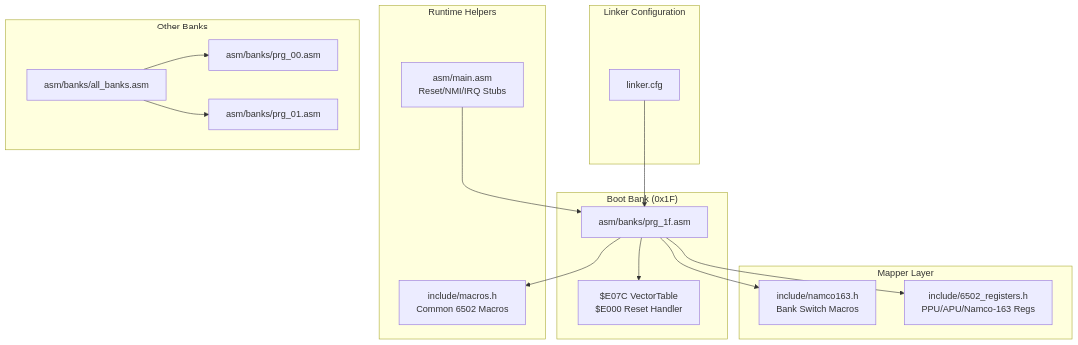
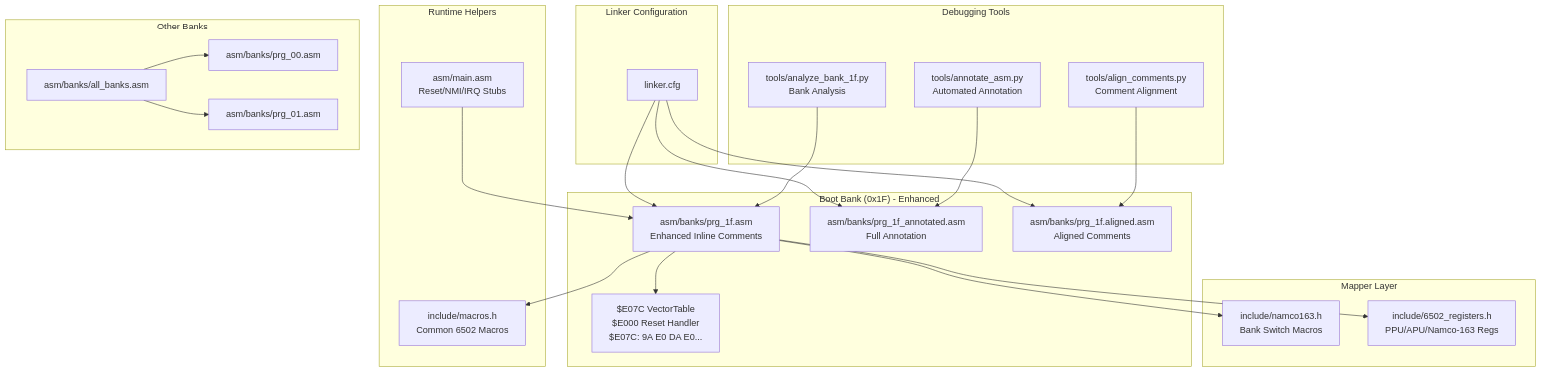
The first of 9 diagrams in .qoder/repowiki/en/content/Assembly Architecture/Assembly Architecture.md (rabbyzero/sango2dasm), drawn with Mermaid before and after one commit. The commit also changed other lines of this file and 26 other files, not shown here.

Commit message:
bank $1f comment aligned. proc endproc correct.

````diff
--- a/.qoder/repowiki/en/content/Assembly Architecture/Assembly Architecture.md
+++ b/.qoder/repowiki/en/content/Assembly Architecture/Assembly Architecture.md
@@ -38,31 +54,43 @@
 ```mermaid
 graph TB
 subgraph "Linker Configuration"
 LCFG["linker.cfg"]
 end
-subgraph "Boot Bank (0x1F)"
-PRG1F["asm/banks/prg_1f.asm"]
-VTABLE["$E07C VectorTable<br/>$E000 Reset Handler"]
+subgraph "Boot Bank (0x1F) - Enhanced"
+PRG1F["asm/banks/prg_1f.asm<br/>Enhanced Inline Comments"]
+PRG1FANN["asm/banks/prg_1f_annotated.asm<br/>Full Annotation"]
+PRG1FALN["asm/banks/prg_1f.aligned.asm<br/>Aligned Comments"]
+VTABLE["$E07C VectorTable<br/>$E000 Reset Handler<br/>$E07C: 9A E0 DA E0..."]
 end
 subgraph "Mapper Layer"
 NAMCO["include/namco163.h<br/>Bank Switch Macros"]
 REGS["include/6502_registers.h<br/>PPU/APU/Namco-163 Regs"]
 end
 subgraph "Runtime Helpers"
 MACROS["include/macros.h<br/>Common 6502 Macros"]
 MAIN["asm/main.asm<br/>Reset/NMI/IRQ Stubs"]
 end
+subgraph "Debugging Tools"
+ANNOTATE["tools/annotate_asm.py<br/>Automated Annotation"]
+ALIGN["tools/align_comments.py<br/>Comment Alignment"]
+ANALYZE["tools/analyze_bank_1f.py<br/>Bank Analysis"]
+end
 subgraph "Other Banks"
 ALLB["asm/banks/all_banks.asm"]
 B00["asm/banks/prg_00.asm"]
 B01["asm/banks/prg_01.asm"]
 end
 LCFG --> PRG1F
+LCFG --> PRG1FANN
+LCFG --> PRG1FALN
 MAIN --> PRG1F
 PRG1F --> VTABLE
 PRG1F --> NAMCO
 PRG1F --> REGS
 PRG1F --> MACROS
+ANNOTATE --> PRG1FANN
+ALIGN --> PRG1FALN
+ANALYZE --> PRG1F
 ALLB --> B00
 ALLB --> B01
 ```
````
